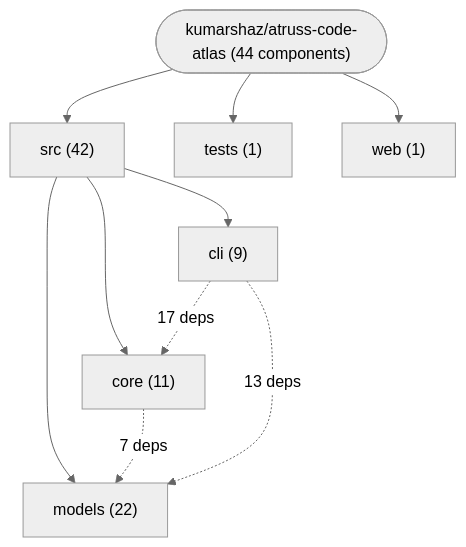
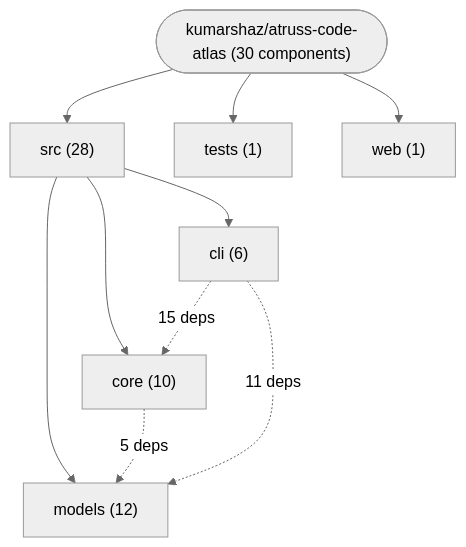
One commit to kumarshaz/atruss-code-atlas changed the first of 3 diagrams in exports/latest/reports/kumarshaz-atruss-code-atlas-report.md. Above: the diagram before and after it, drawn with Mermaid (neutral theme). The commit also changed other lines of this file and 1904 other files, not shown here.

````diff
--- a/exports/latest/reports/kumarshaz-atruss-code-atlas-report.md
+++ b/exports/latest/reports/kumarshaz-atruss-code-atlas-report.md
@@ -42,19 +42,19 @@
 ```mermaid
 graph TD;
-    repo_root(["kumarshaz/atruss-code-atlas (44 components)"])
-    dir_0_src["src (42)"]
+    repo_root(["kumarshaz/atruss-code-atlas (30 components)"])
+    dir_0_src["src (28)"]
     repo_root --> dir_0_src
-    sub_0_0_models["models (22)"]
+    sub_0_0_models["models (12)"]
     dir_0_src --> sub_0_0_models
-    sub_0_1_core["core (11)"]
+    sub_0_1_core["core (10)"]
     dir_0_src --> sub_0_1_core
-    sub_0_2_cli["cli (9)"]
+    sub_0_2_cli["cli (6)"]
     dir_0_src --> sub_0_2_cli
     dir_1_tests["tests (1)"]
     repo_root --> dir_1_tests
     dir_2_web["web (1)"]
     repo_root --> dir_2_web
-    sub_0_2_cli -.->|"17 deps"| sub_0_1_core
-    sub_0_2_cli -.->|"13 deps"| sub_0_0_models
-    sub_0_1_core -.->|"7 deps"| sub_0_0_models
+    sub_0_2_cli -.->|"15 deps"| sub_0_1_core
+    sub_0_2_cli -.->|"11 deps"| sub_0_0_models
+    sub_0_1_core -.->|"5 deps"| sub_0_0_models
 ```
````
